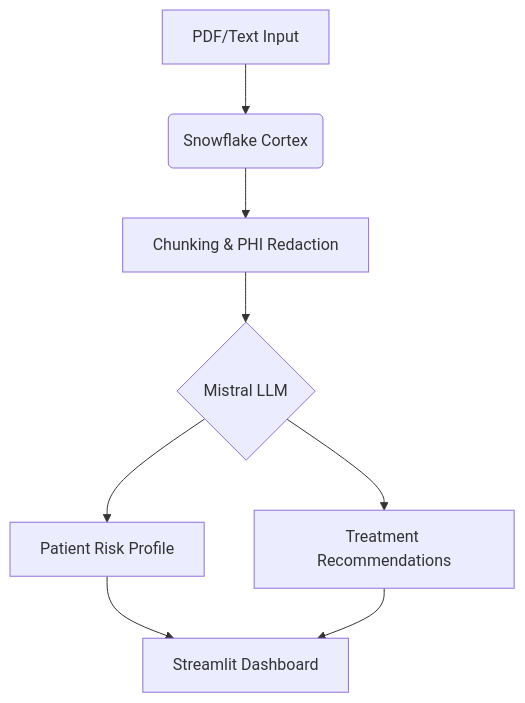
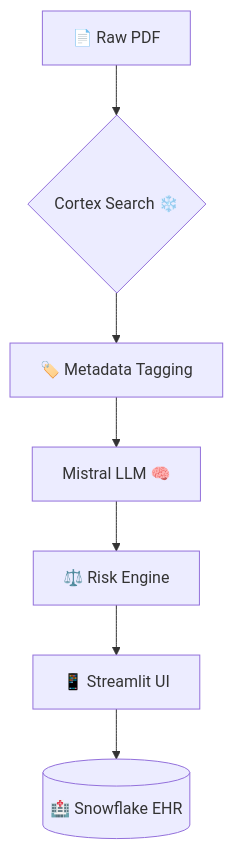
Before and after one commit to FabioVinelli/The-Intaker-AI-Powered-Healthcare-Intake-Assistant: the second of 3 diagrams in README.md, drawn with Mermaid. The commit also changed other lines of this file, not shown here.

````diff
--- a/README.md
+++ b/README.md
@@ -55,10 +65,9 @@
 ```mermaid
 graph TD
-    A[PDF/Text Input] --> B(Snowflake Cortex)
-    B --> C[Chunking & PHI Redaction]
-    C --> D{Mistral LLM}
-    D --> E[Patient Risk Profile]
-    D --> F[Treatment Recommendations]
-    E --> G[Streamlit Dashboard]
-    F --> G
+    A[📄 Raw PDF] --> B{Cortex Search ❄️}
+    B --> C[🏷️ Metadata Tagging]
+    C --> D[Mistral LLM 🧠]
+    D --> E[⚖️ Risk Engine]
+    E --> F[📱 Streamlit UI]
+    F --> G[(🏥 Snowflake EHR)]
 ```
````
